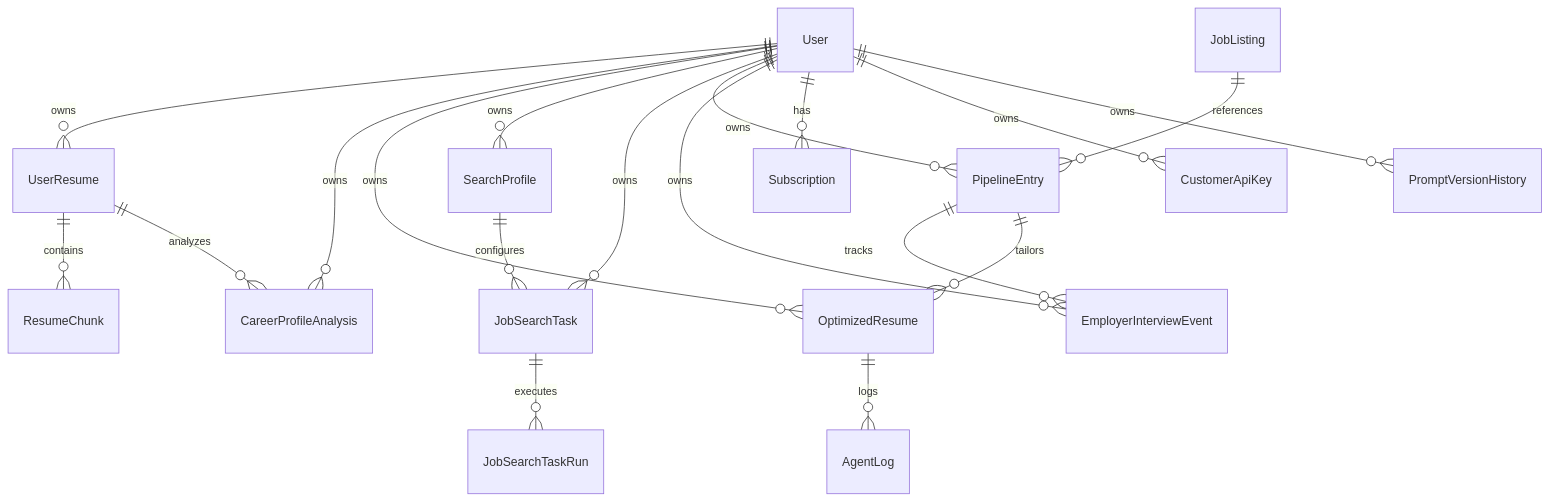
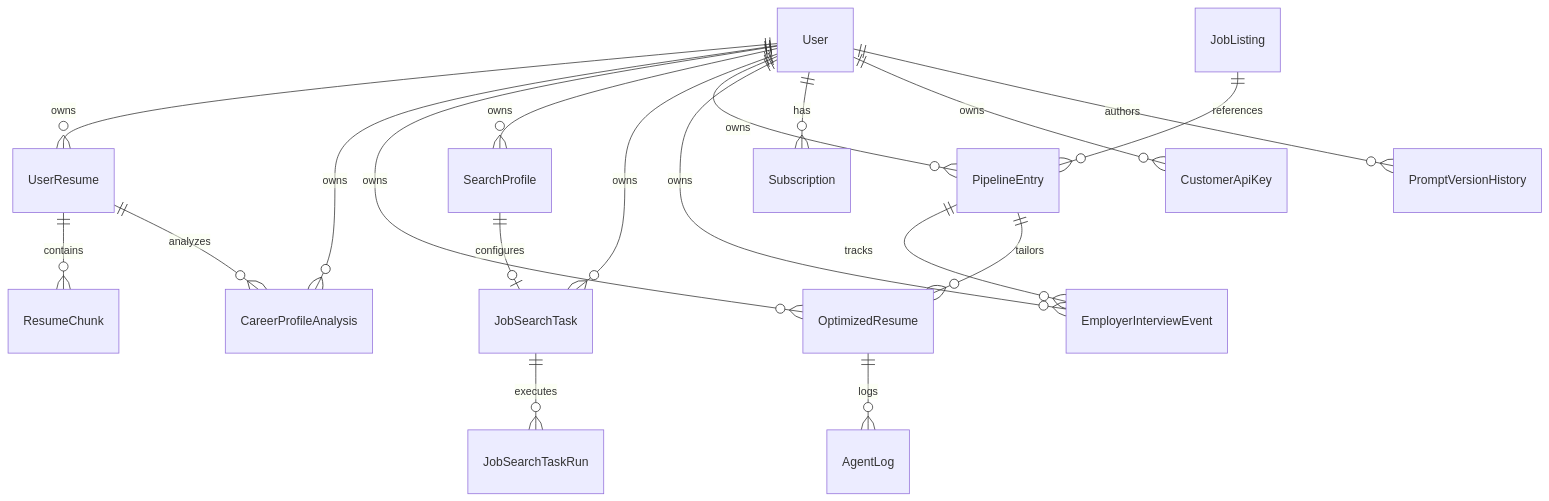
Before and after one commit to joedominic/hw: the diagram in docs/data-model.md, drawn with Mermaid. The commit also changed other lines of this file and 45 other files, not shown here.

````diff
--- a/docs/data-model.md
+++ b/docs/data-model.md
@@ -18,23 +18,23 @@
 ```mermaid
 erDiagram
     User ||--o{ UserResume : owns
     User ||--o{ CareerProfileAnalysis : owns
     User ||--o{ OptimizedResume : owns
     User ||--o{ SearchProfile : owns
     User ||--o{ JobSearchTask : owns
     User ||--o{ PipelineEntry : owns
     User ||--o{ EmployerInterviewEvent : owns
     User ||--o{ Subscription : has
     User ||--o{ CustomerApiKey : owns
-    User ||--o{ PromptVersionHistory : owns
+    User ||--o{ PromptVersionHistory : authors
 
     UserResume ||--o{ ResumeChunk : contains
     UserResume ||--o{ CareerProfileAnalysis : analyzes
     OptimizedResume ||--o{ AgentLog : logs
     JobSearchTask ||--o{ JobSearchTaskRun : executes
-    SearchProfile ||--o{ JobSearchTask : configures
+    SearchProfile ||--o| JobSearchTask : configures
 
     JobListing ||--o{ PipelineEntry : references
     PipelineEntry ||--o{ EmployerInterviewEvent : tracks
     PipelineEntry ||--o{ OptimizedResume : tailors
 ```
````
